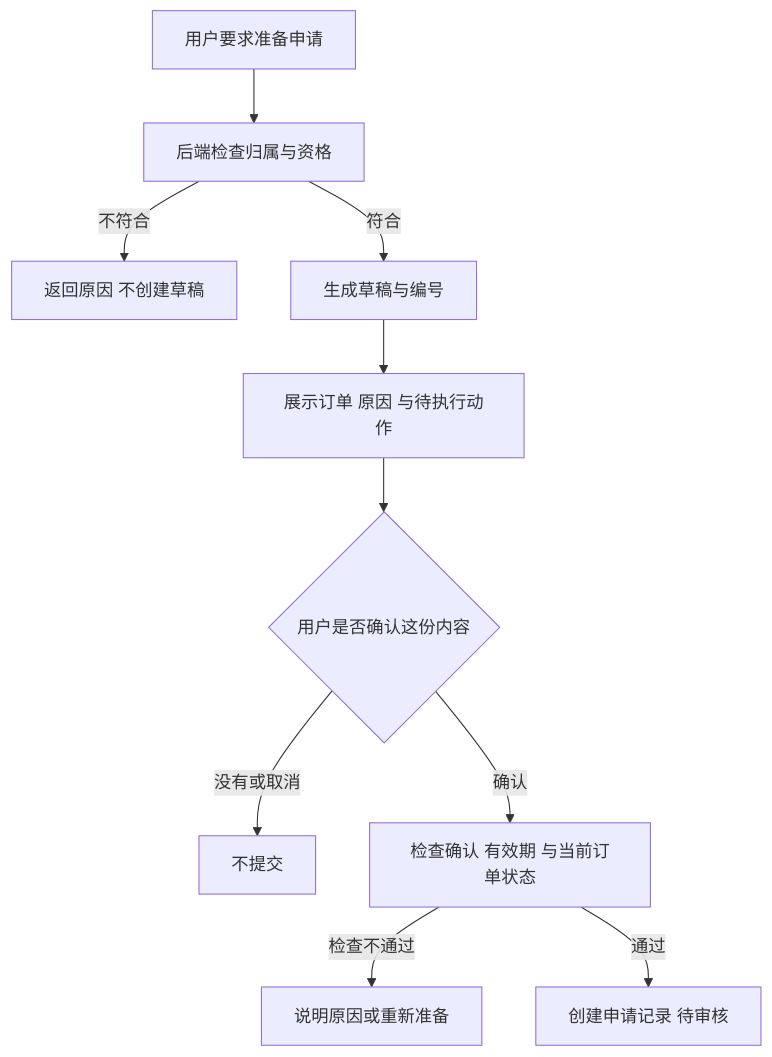
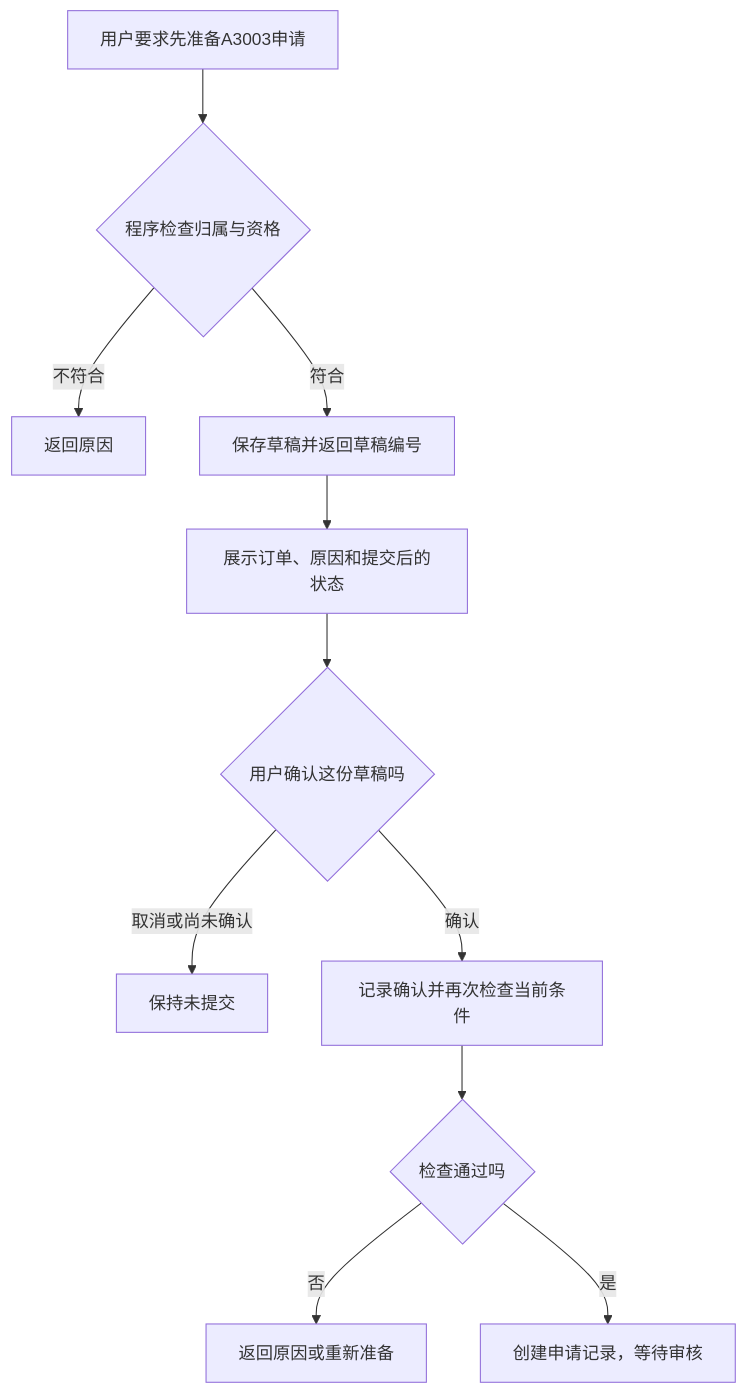
One commit to benx92/ai-learning-notes changed the fourth of 4 diagrams in 15-FunctionCalling和ToolCall让模型从回答走向行动.md. Above: the diagram before and after it, drawn with Mermaid. The commit also changed other lines of this file and 76 other files, not shown here.

````diff
--- a/15-FunctionCalling和ToolCall让模型从回答走向行动.md
+++ b/15-FunctionCalling和ToolCall让模型从回答走向行动.md
@@ -254,12 +511,13 @@
 ```mermaid
 flowchart TD
-    A[用户要求准备申请] --> B[后端检查归属与资格]
-    B -->|不符合| X[返回原因 不创建草稿]
-    B -->|符合| C[生成草稿与编号]
-    C --> D[展示订单 原因 与待执行动作]
-    D --> E{用户是否确认这份内容}
-    E -->|没有或取消| Y[不提交]
-    E -->|确认| F[检查确认 有效期 与当前订单状态]
-    F -->|检查不通过| Z[说明原因或重新准备]
-    F -->|通过| G[创建申请记录 待审核]
+    A[用户要求先准备A3003申请] --> B{程序检查归属与资格}
+    B -->|不符合| C[返回原因]
+    B -->|符合| D[保存草稿并返回草稿编号]
+    D --> E[展示订单、原因和提交后的状态]
+    E --> F{用户确认这份草稿吗}
+    F -->|取消或尚未确认| G[保持未提交]
+    F -->|确认| H[记录确认并再次检查当前条件]
+    H --> I{检查通过吗}
+    I -->|否| J[返回原因或重新准备]
+    I -->|是| K[创建申请记录，等待审核]
 ```
````
